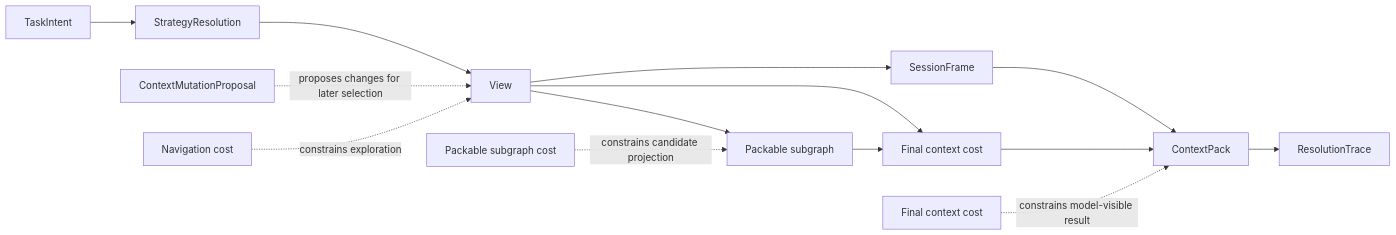
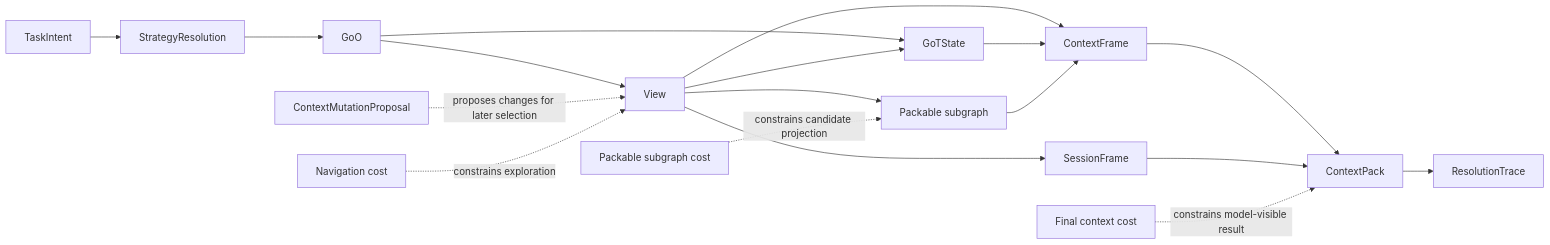
One commit to ZEDIUM-Off/graphclaw changed the diagram in docs/architecture/concepts/context-artifacts.md. Above: the diagram before and after it, drawn with Mermaid. The commit also changed other lines of this file and 11 other files, not shown here.

Commit message:
docs: clarify GoT and GoO architecture

````diff
--- a/docs/architecture/concepts/context-artifacts.md
+++ b/docs/architecture/concepts/context-artifacts.md
@@ -65,29 +67,35 @@
 ```mermaid
 flowchart LR
     I[TaskIntent]
     S[StrategyResolution]
+    O[GoO]
     V[View]
+    G[GoTState]
     P[Packable subgraph]
     F[ContextFrame]
     SF[SessionFrame]
     C[ContextPack]
     R[ResolutionTrace]
     M[ContextMutationProposal]
     N[Navigation cost]
     B[Packable subgraph cost]
-    F[Final context cost]
+    X[Final context cost]
 
     I --> S
-    S --> V
+    S --> O
+    O --> V
+    O --> G
+    V --> G
     V --> P
     V --> F
     V --> SF
+    G --> F
     P --> F
     F --> C
     SF --> C
     C --> R
     M -. proposes changes for later selection .-> V
     N -. constrains exploration .-> V
     B -. constrains candidate projection .-> P
     X[Final context cost] -. constrains model-visible result .-> C
 ```
````
